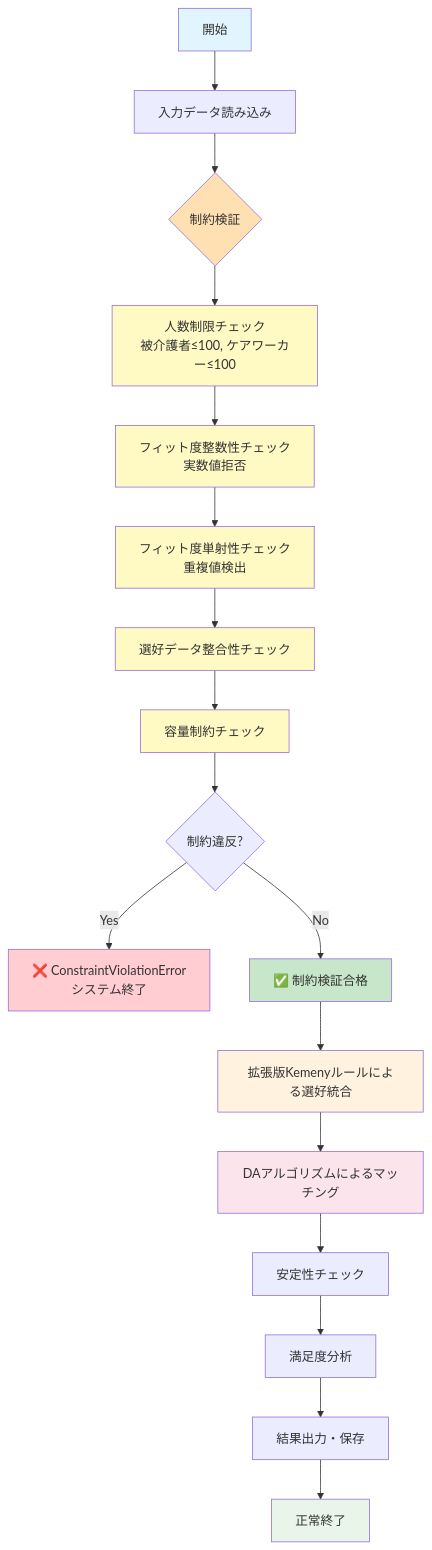
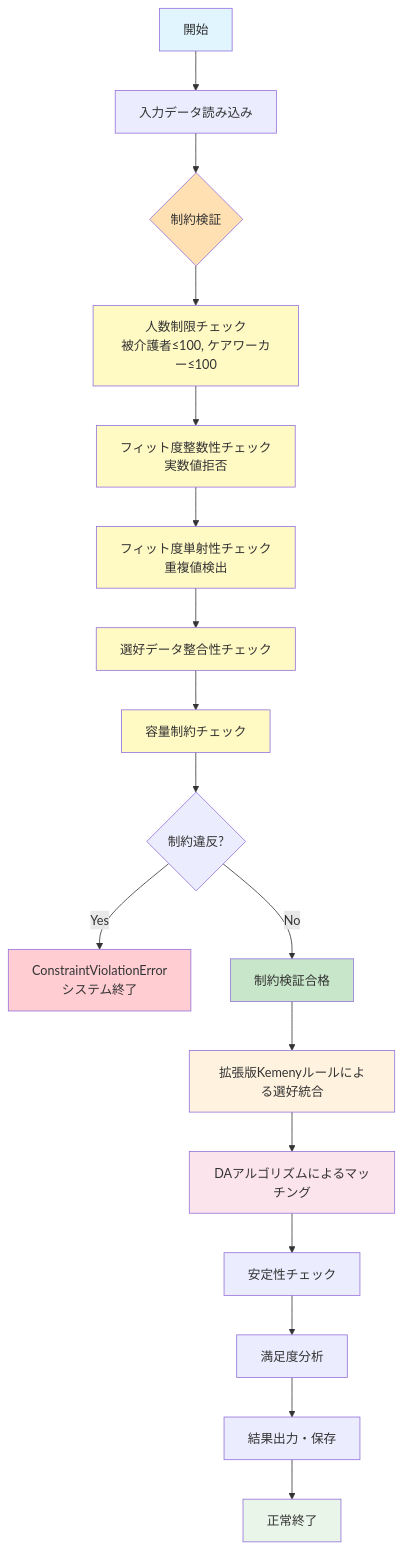
The first of 10 diagrams in docs/algorithm_flowchart.md (Krminfinity/kemeny-extended-aggregator), drawn with Mermaid before and after one commit. The commit also changed other lines of this file and 2 other files, not shown here.

````diff
--- a/docs/algorithm_flowchart.md
+++ b/docs/algorithm_flowchart.md
@@ -6,32 +5,32 @@
 ```mermaid
 flowchart TD
     A[開始] --> B[入力データ読み込み]
     B --> C{制約検証}
     C --> C1[人数制限チェック<br/>被介護者≤100, ケアワーカー≤100]
     C1 --> C2[フィット度整数性チェック<br/>実数値拒否]
     C2 --> C3[フィット度単射性チェック<br/>重複値検出]
     C3 --> C4[選好データ整合性チェック]
     C4 --> C5[容量制約チェック]
     C5 --> D{制約違反?}
-    D -->|Yes| ERROR[❌ ConstraintViolationError<br/>システム終了]
-    D -->|No| E[✅ 制約検証合格]
+    D -->|Yes| ERROR[ConstraintViolationError<br/>システム終了]
+    D -->|No| E[制約検証合格]
     E --> F[拡張版Kemenyルールによる選好統合]
     F --> G[DAアルゴリズムによるマッチング]
     G --> H[安定性チェック]
     H --> I[満足度分析]
     I --> J[結果出力・保存]
     J --> K[正常終了]
     
     style A fill:#e1f5fe
     style K fill:#e8f5e8
     style ERROR fill:#ffcdd2
     style E fill:#c8e6c9
     style F fill:#fff3e0
     style G fill:#fce4ec
     style C fill:#ffe0b2
     style C1 fill:#fff9c4
     style C2 fill:#fff9c4
     style C3 fill:#fff9c4
     style C4 fill:#fff9c4
     style C5 fill:#fff9c4
 ```
````
